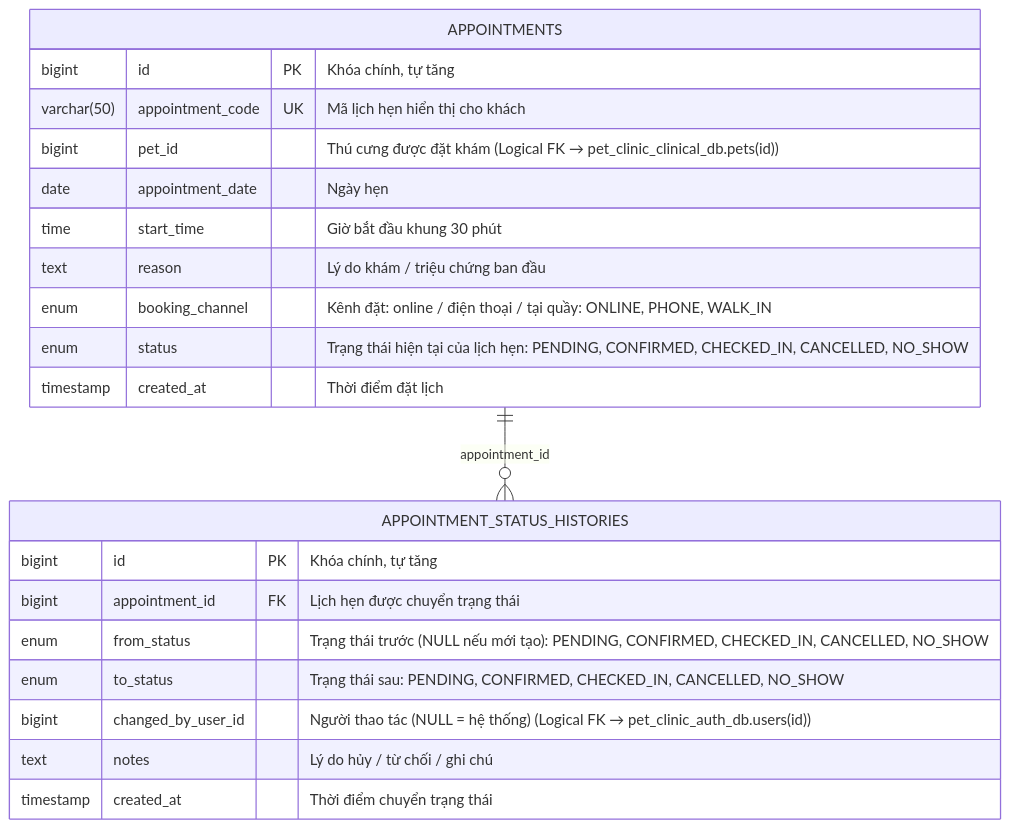
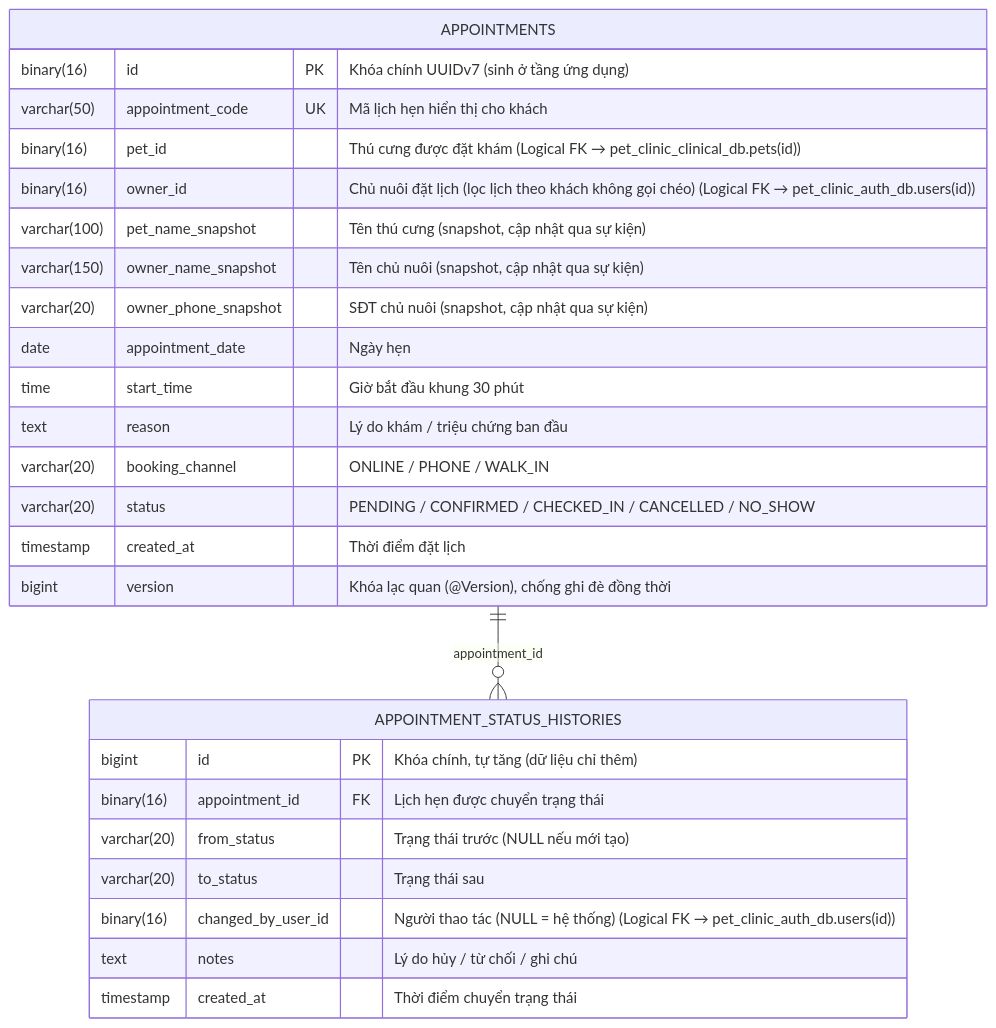
One commit to napersau/Doan changed the second of 8 diagrams in docs/THIET_KE_CO_SO_DU_LIEU_ERD.md. Above: the diagram before and after it, drawn with Mermaid. The commit also changed other lines of this file and 14 other files, not shown here.

````diff
--- a/docs/THIET_KE_CO_SO_DU_LIEU_ERD.md
+++ b/docs/THIET_KE_CO_SO_DU_LIEU_ERD.md
@@ -96,26 +189,31 @@
 ```mermaid
 erDiagram
     APPOINTMENTS ||--o{ APPOINTMENT_STATUS_HISTORIES : "appointment_id"
 
     APPOINTMENTS {
-        bigint id PK "Khóa chính, tự tăng"
+        binary(16) id PK "Khóa chính UUIDv7 (sinh ở tầng ứng dụng)"
         varchar(50) appointment_code UK "Mã lịch hẹn hiển thị cho khách"
-        bigint pet_id "Thú cưng được đặt khám (Logical FK → pet_clinic_clinical_db.pets(id))"
+        binary(16) pet_id "Thú cưng được đặt khám (Logical FK → pet_clinic_clinical_db.pets(id))"
+        binary(16) owner_id "Chủ nuôi đặt lịch (lọc lịch theo khách không gọi chéo) (Logical FK → pet_clinic_auth_db.users(id))"
+        varchar(100) pet_name_snapshot "Tên thú cưng (snapshot, cập nhật qua sự kiện)"
+        varchar(150) owner_name_snapshot "Tên chủ nuôi (snapshot, cập nhật qua sự kiện)"
+        varchar(20) owner_phone_snapshot "SĐT chủ nuôi (snapshot, cập nhật qua sự kiện)"
         date appointment_date "Ngày hẹn"
         time start_time "Giờ bắt đầu khung 30 phút"
         text reason "Lý do khám / triệu chứng ban đầu"
-        enum booking_channel "Kênh đặt: online / điện thoại / tại quầy: ONLINE, PHONE, WALK_IN"
-        enum status "Trạng thái hiện tại của lịch hẹn: PENDING, CONFIRMED, CHECKED_IN, CANCELLED, NO_SHOW"
+        varchar(20) booking_channel "ONLINE / PHONE / WALK_IN"
+        varchar(20) status "PENDING / CONFIRMED / CHECKED_IN / CANCELLED / NO_SHOW"
         timestamp created_at "Thời điểm đặt lịch"
+        bigint version "Khóa lạc quan (@Version), chống ghi đè đồng thời"
     }
 
     APPOINTMENT_STATUS_HISTORIES {
-        bigint id PK "Khóa chính, tự tăng"
-        bigint appointment_id FK "Lịch hẹn được chuyển trạng thái"
-        enum from_status "Trạng thái trước (NULL nếu mới tạo): PENDING, CONFIRMED, CHECKED_IN, CANCELLED, NO_SHOW"
-        enum to_status "Trạng thái sau: PENDING, CONFIRMED, CHECKED_IN, CANCELLED, NO_SHOW"
-        bigint changed_by_user_id "Người thao tác (NULL = hệ thống) (Logical FK → pet_clinic_auth_db.users(id))"
+        bigint id PK "Khóa chính, tự tăng (dữ liệu chỉ thêm)"
+        binary(16) appointment_id FK "Lịch hẹn được chuyển trạng thái"
+        varchar(20) from_status "Trạng thái trước (NULL nếu mới tạo)"
+        varchar(20) to_status "Trạng thái sau"
+        binary(16) changed_by_user_id "Người thao tác (NULL = hệ thống) (Logical FK → pet_clinic_auth_db.users(id))"
         text notes "Lý do hủy / từ chối / ghi chú"
         timestamp created_at "Thời điểm chuyển trạng thái"
     }
 ```
````
